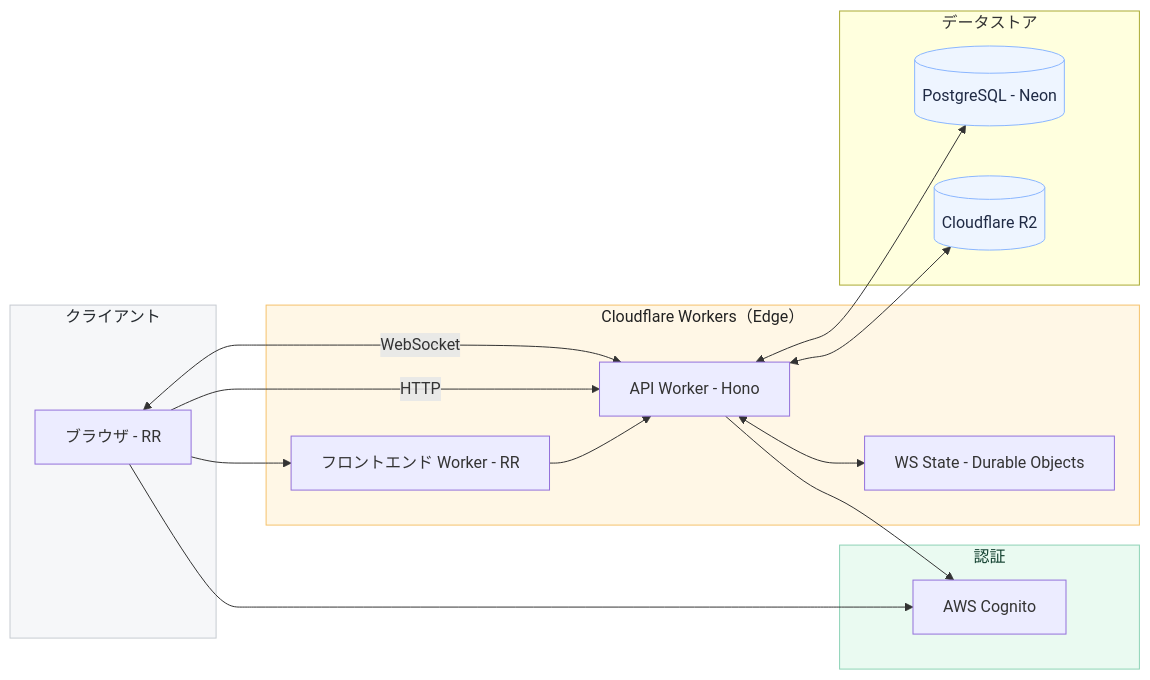
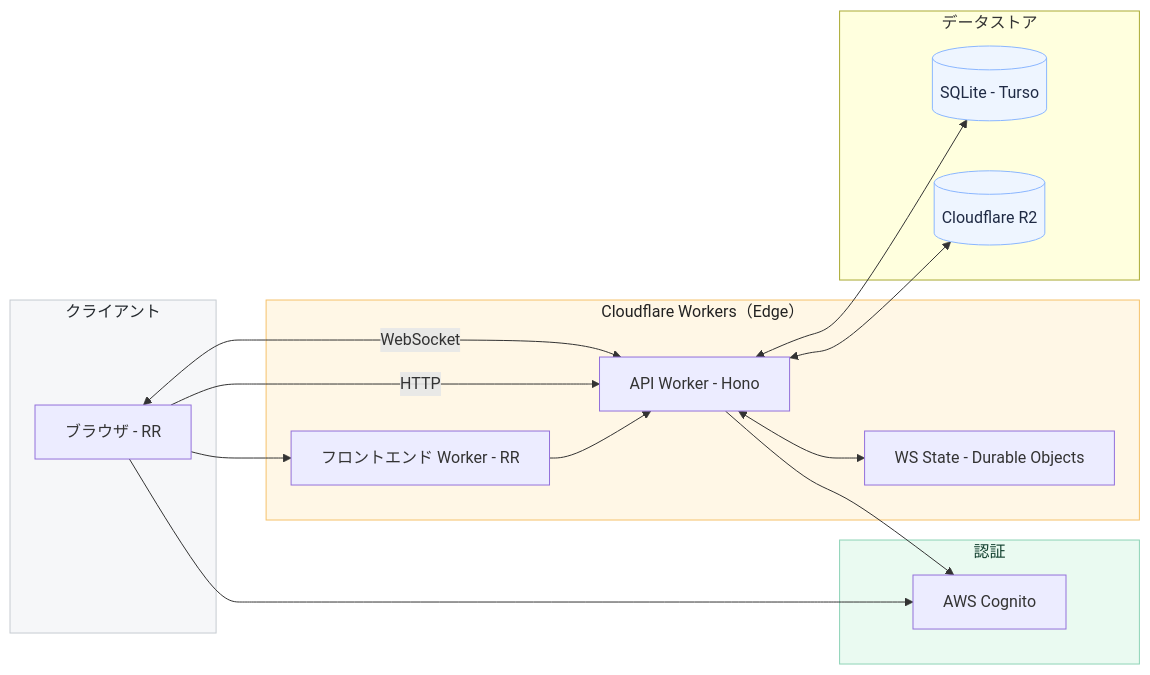
One commit to sendo-kakeru/omojan changed the diagram in docs/architecture.md. Above: the diagram before and after it, drawn with Mermaid. The commit also changed other lines of this file and 40 other files, not shown here.

````diff
--- a/docs/architecture.md
+++ b/docs/architecture.md
@@ -14,51 +12,51 @@
 ```mermaid
 flowchart LR
   %% ===== Clients =====
   subgraph CLIENT["クライアント"]
     Browser["ブラウザ - RR"]
   end
 
   %% ===== Edge / App Layer =====
   subgraph EDGE["Cloudflare Workers（Edge）"]
     FE["フロントエンド Worker - RR"]
     API["API Worker - Hono"]
     DO["WS State - Durable Objects"]
   end
 
   %% ===== Auth =====
   subgraph AUTH["認証"]
     Cognito["AWS Cognito"]
   end
 
   %% ===== Data Stores =====
   subgraph DATA["データストア"]
-    PG[(PostgreSQL - Neon)]
+    SQLt[(SQLite - Turso)]
     R2[(Cloudflare R2)]
   end
 
   %% ===== Flows =====
   FE --> API
   API <--> DO
 
   Browser --> FE
   Browser -->|HTTP| API
   Browser <-->|WebSocket| API
 
   Browser --> Cognito
 
   API --> Cognito
 
-  API <--> PG
+  API <--> SQLt
   API <--> R2
 
   %% ===== Styles =====
   classDef dim fill:#f6f7f9,stroke:#c6cbd1,color:#24292e;
   classDef edge fill:#fff7e6,stroke:#f5c26b,color:#222;
   classDef store fill:#eef5ff,stroke:#8ab6ff,color:#1f2a44;
   classDef auth fill:#eafaf1,stroke:#8dd3b6,color:#113f2e;
   class CLIENT dim;
   class EDGE edge;
   class AUTH auth;
-  class PG,R2 store;
+  class SQLt,R2 store;
 
 ```
````
